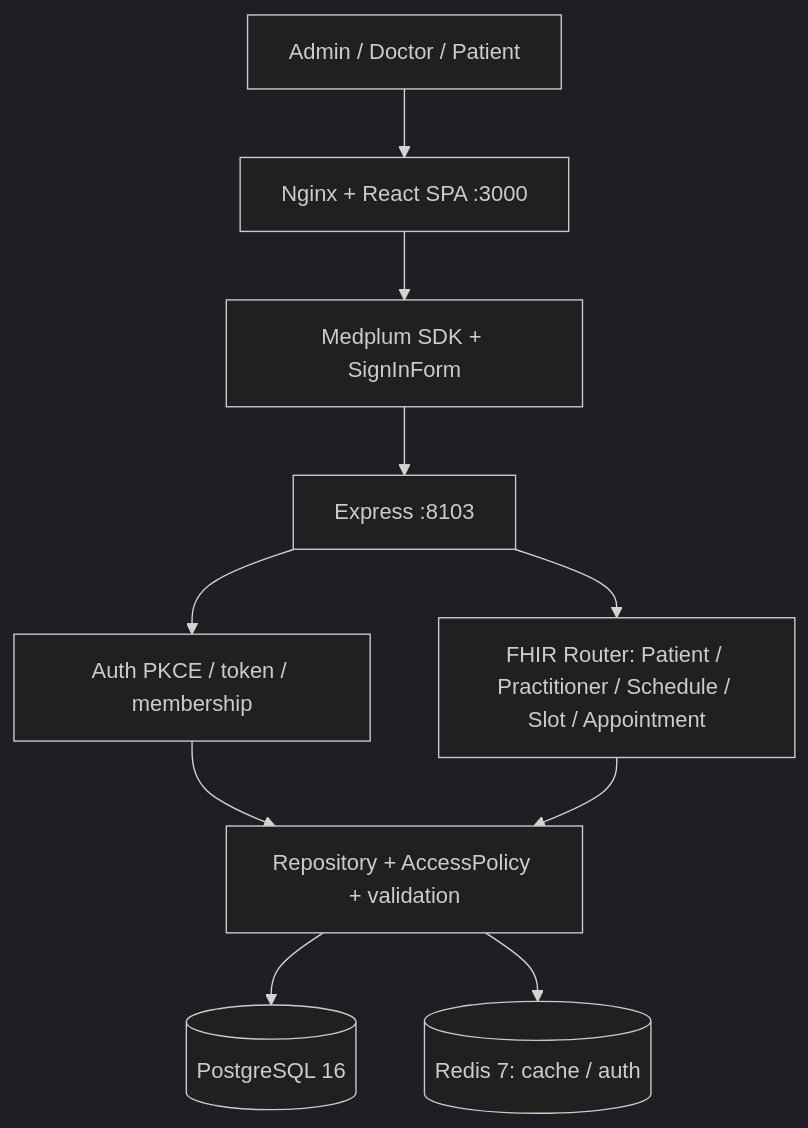
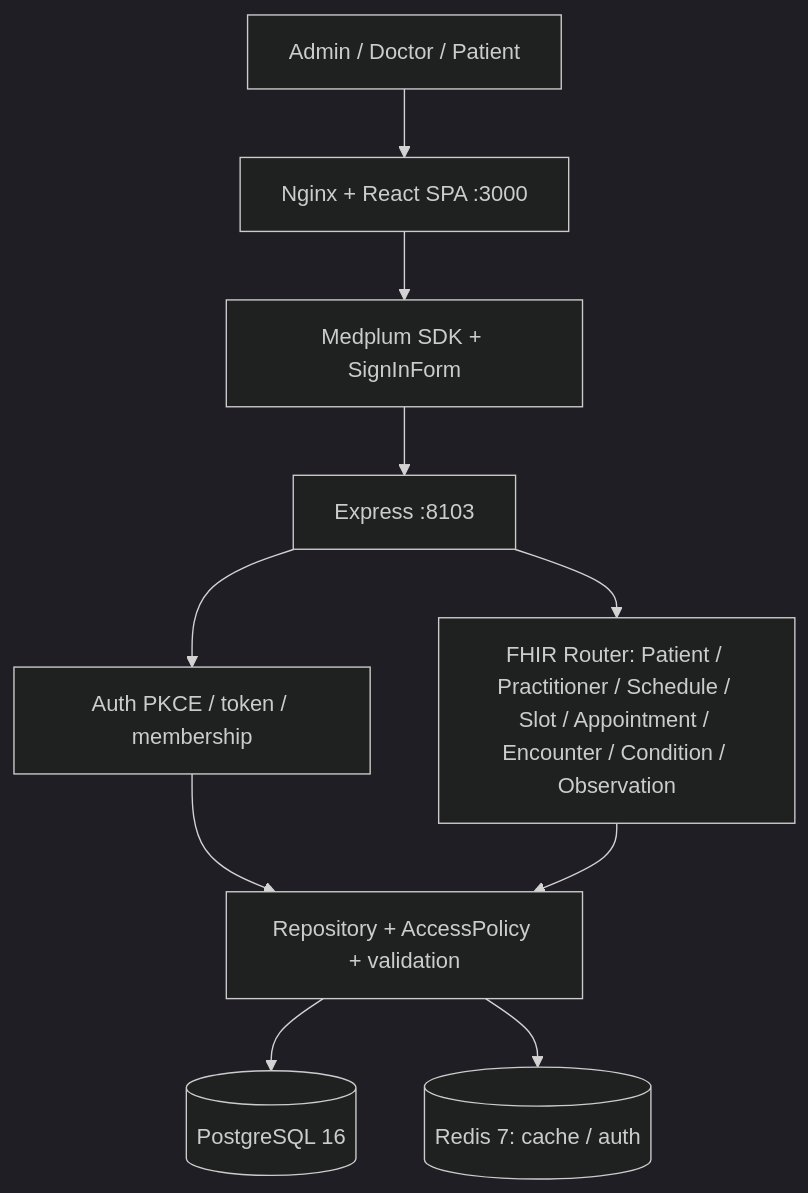
One commit to ntd1928/Smart-Hospital-Platform changed the diagram in docs/architecture/ARCHITECTURE.md. Above: the diagram before and after it, drawn with Mermaid (dark theme). The commit also changed other lines of this file and 3 other files, not shown here.

````diff
--- a/docs/architecture/ARCHITECTURE.md
+++ b/docs/architecture/ARCHITECTURE.md
@@ -3,12 +3,12 @@
 ```mermaid
 flowchart TD
   U[Admin / Doctor / Patient] --> WEB[Nginx + React SPA :3000]
   WEB --> SDK[Medplum SDK + SignInForm]
   SDK --> API[Express :8103]
   API --> AUTH[Auth PKCE / token / membership]
-  API --> FHIR[FHIR Router: Patient / Practitioner / Schedule / Slot / Appointment]
+  API --> FHIR[FHIR Router: Patient / Practitioner / Schedule / Slot / Appointment / Encounter / Condition / Observation]
   AUTH --> REPO[Repository + AccessPolicy + validation]
   FHIR --> REPO
   REPO --> PG[(PostgreSQL 16)]
   REPO --> R[(Redis 7: cache / auth)]
 ```
````
